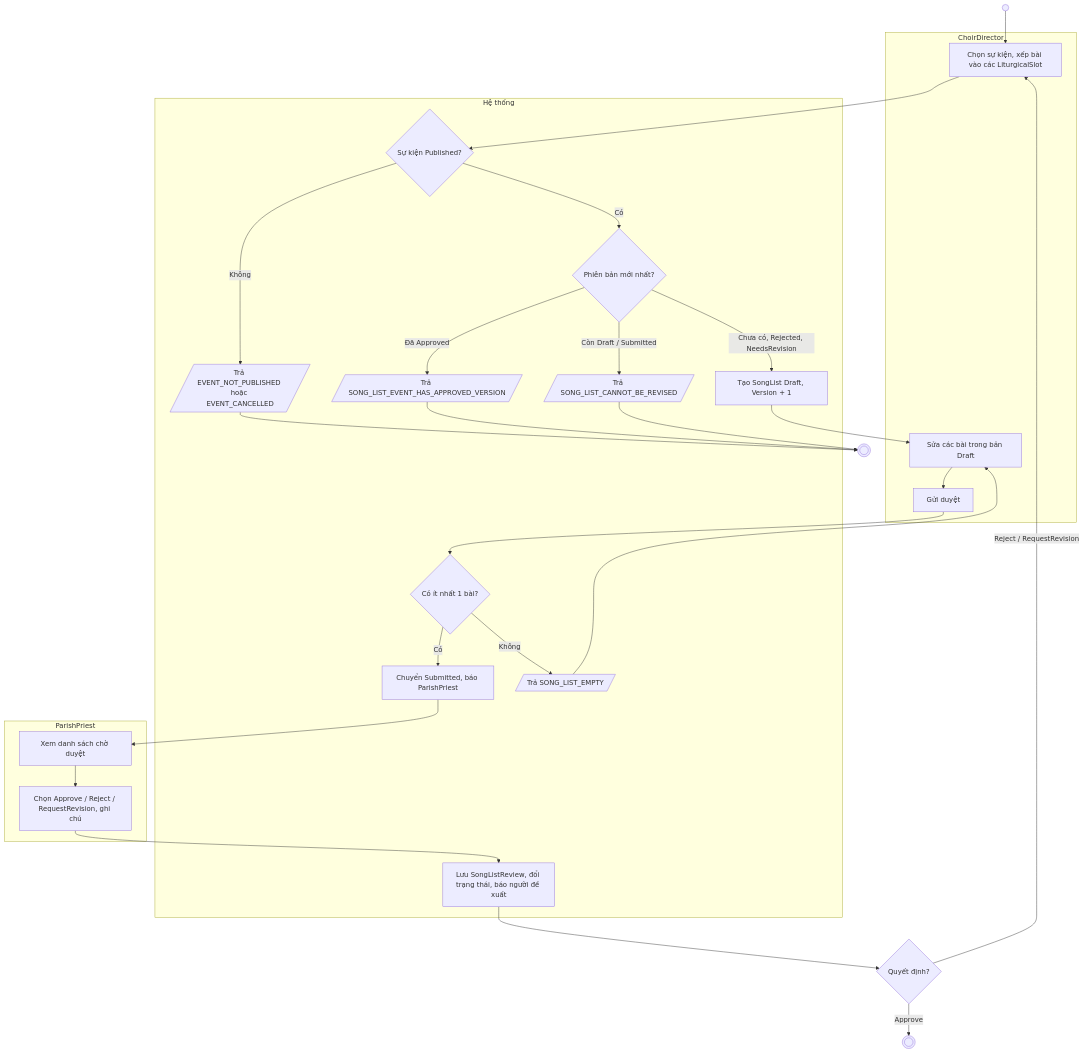
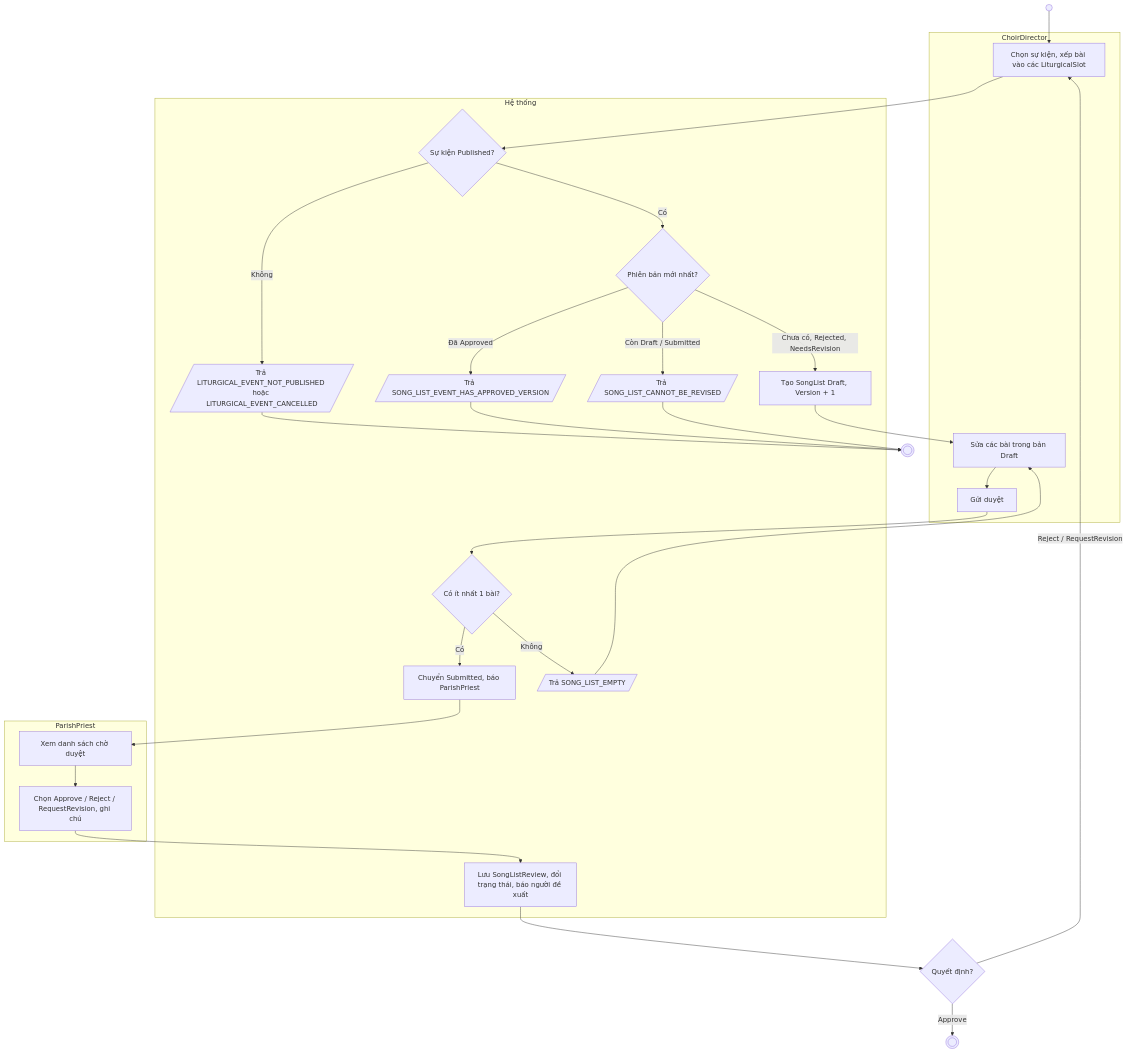
The second of 5 diagrams in doc/harmonia-activity-diagram-guide.md (Harmonia-FA26SE066-GFA143/Harmonia-BE), drawn with Mermaid before and after one commit. The commit also changed other lines of this file and 91 other files, not shown here.

````diff
--- a/doc/harmonia-activity-diagram-guide.md
+++ b/doc/harmonia-activity-diagram-guide.md
@@ -138,40 +138,40 @@
 ```mermaid
 flowchart TD
     S(( )) --> A1
 
     subgraph CD[ChoirDirector]
         A1[Chọn sự kiện, xếp bài vào các LiturgicalSlot]
         A2[Sửa các bài trong bản Draft]
         A3[Gửi duyệt]
     end
 
     subgraph SYS[Hệ thống]
         D1{Sự kiện Published?}
         D2{Phiên bản mới nhất?}
         B1[Tạo SongList Draft, Version + 1]
         D3{Có ít nhất 1 bài?}
         B2[Chuyển Submitted, báo ParishPriest]
         B3[Lưu SongListReview, đổi trạng thái, báo người đề xuất]
-        X1[/Trả EVENT_NOT_PUBLISHED hoặc EVENT_CANCELLED/]
+        X1[/Trả LITURGICAL_EVENT_NOT_PUBLISHED hoặc LITURGICAL_EVENT_CANCELLED/]
         X2[/Trả SONG_LIST_EVENT_HAS_APPROVED_VERSION/]
         X3[/Trả SONG_LIST_CANNOT_BE_REVISED/]
         X4[/Trả SONG_LIST_EMPTY/]
     end
 
     subgraph PP[ParishPriest]
         C1[Xem danh sách chờ duyệt]
         C2[Chọn Approve / Reject / RequestRevision, ghi chú]
     end
 
     A1 --> D1
     D1 -- Không --> X1 --> E1(((" ")))
     D1 -- Có --> D2
     D2 -- Đã Approved --> X2 --> E1
     D2 -- Còn Draft / Submitted --> X3 --> E1
     D2 -- Chưa có, Rejected, NeedsRevision --> B1
     B1 --> A2 --> A3 --> D3
     D3 -- Không --> X4 --> A2
     D3 -- Có --> B2 --> C1 --> C2 --> B3 --> D4{Quyết định?}
     D4 -- Approve --> E2(((" ")))
     D4 -- Reject / RequestRevision --> A1
 ```
````
